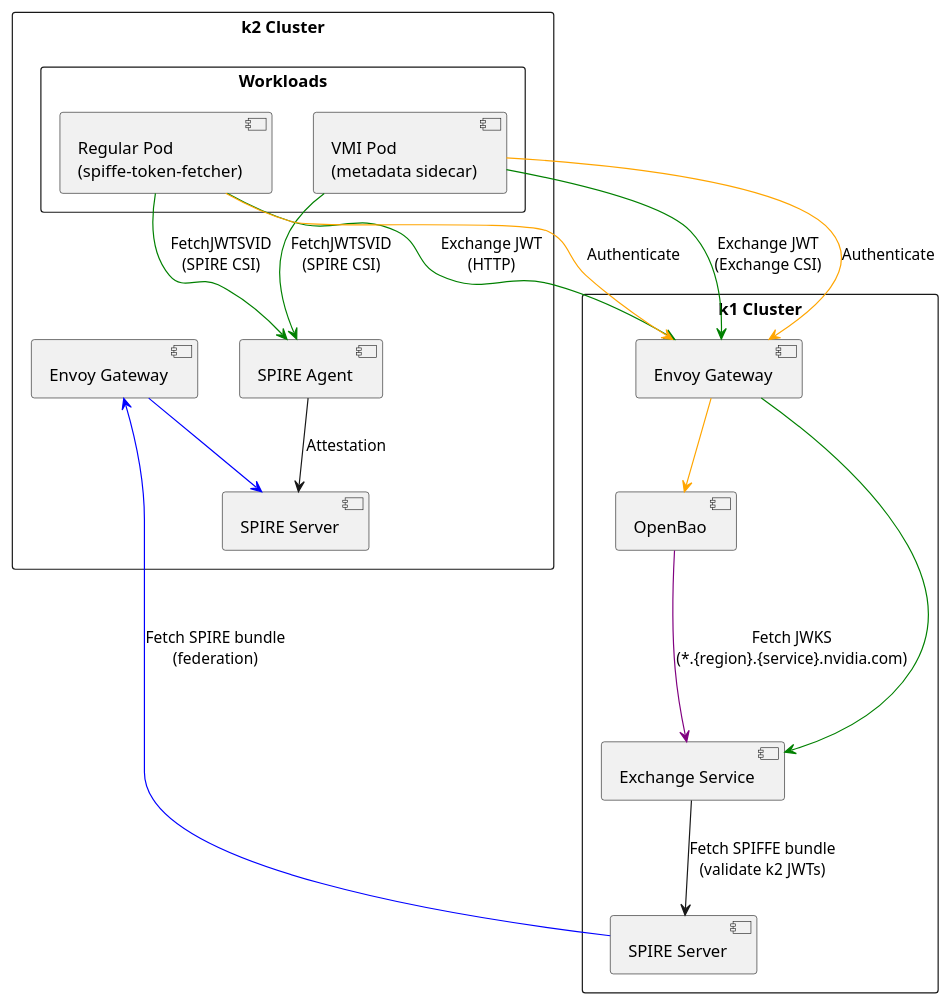
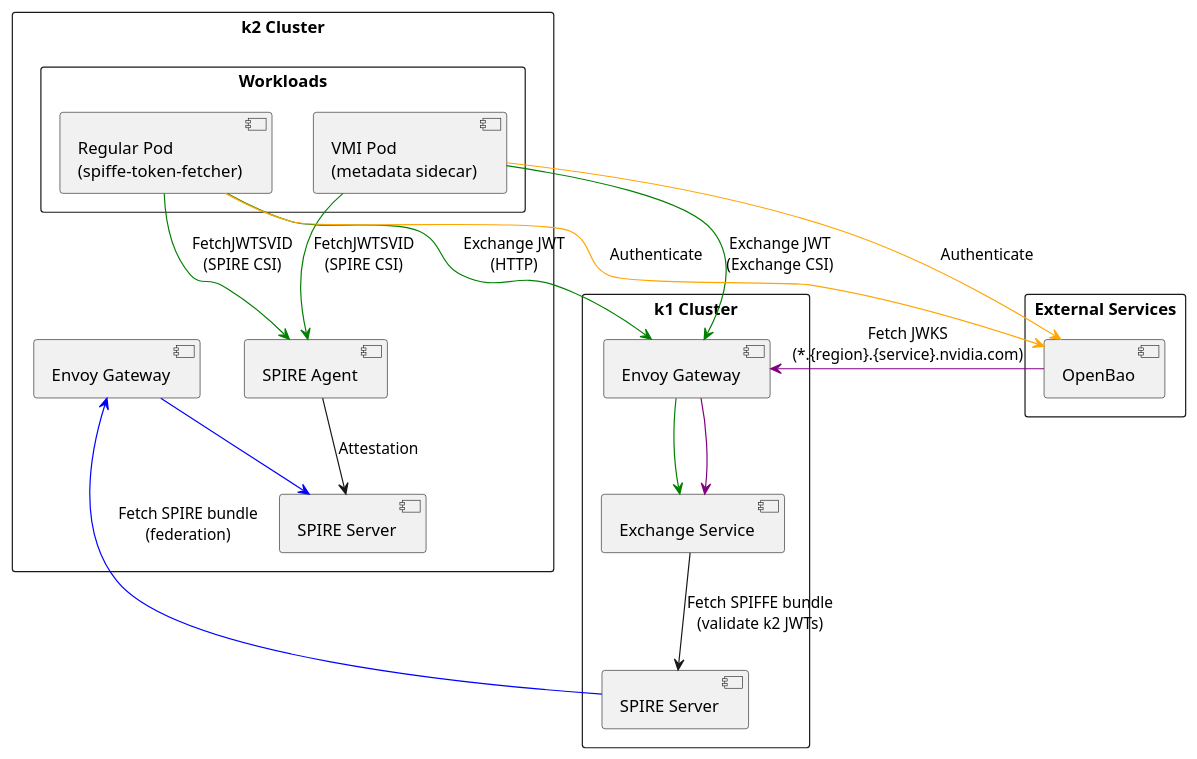
Before and after one commit to dsx-ai-factory/nvidia-workload-identity: the first of 5 diagrams in README.md, drawn with PlantUML. The commit also changed other lines of this file, not shown here.

Commit message:
docs: diagrams show external bao

````diff
--- a/README.md
+++ b/README.md
@@ -17,52 +17,55 @@
 ```plantuml
 @startuml Multi-Cluster Architecture
 
 skinparam packageStyle rectangle
 
 package "k1 Cluster" as K1 {
   [SPIRE Server] as SPIRE1
-  [OpenBao] as Bao
   [Exchange Service] as Exchange
   [Envoy Gateway] as GW1
+}
+
+package "External Services" as External {
+  [OpenBao] as Bao
 }
 
 package "k2 Cluster" as K2 {
   [SPIRE Server] as SPIRE2
   [SPIRE Agent] as SpireAgent
   [Envoy Gateway] as GW2
   
   package "Workloads" as Workloads {
     [Regular Pod\n(spiffe-token-fetcher)] as Pod
     [VMI Pod\n(metadata sidecar)] as VMIPod
   }
 }
 
 ' Federation: k1 SPIRE fetches k2's bundle
 SPIRE1 -[#blue]-> GW2 : Fetch SPIRE bundle\n(federation)
 GW2 -[#blue]-> SPIRE2
 
 ' Workloads to SPIRE Agent
 Pod -[#green]-> SpireAgent : FetchJWTSVID\n(SPIRE CSI)
 VMIPod -[#green]-> SpireAgent : FetchJWTSVID\n(SPIRE CSI)
 
 ' Workloads to Exchange Service
 Pod -[#green]-> GW1 : Exchange JWT\n(HTTP)
 VMIPod -[#green]-> GW1 : Exchange JWT\n(Exchange CSI)
 GW1 -[#green]-> Exchange
 
 ' Workloads to Bao
-Pod -[#orange]-> GW1 : Authenticate
-VMIPod -[#orange]-> GW1 : Authenticate
-GW1 -[#orange]-> Bao
+Pod -[#orange]-> Bao : Authenticate
+VMIPod -[#orange]-> Bao : Authenticate
 
 ' SPIRE Agent to Server
 SpireAgent --> SPIRE2 : Attestation
 
 ' OpenBao JWKS validation
-Bao -[#purple]--> Exchange : Fetch JWKS\n(*.{region}.{service}.nvidia.com)
+Bao -[#purple]-> GW1 : Fetch JWKS\n(*.{region}.{service}.nvidia.com)
+GW1 -[#purple]-> Exchange
 
 ' Exchange validates incoming JWTs
 Exchange --> SPIRE1 : Fetch SPIFFE bundle\n(validate k2 JWTs)
 
 @enduml
 ```
````
